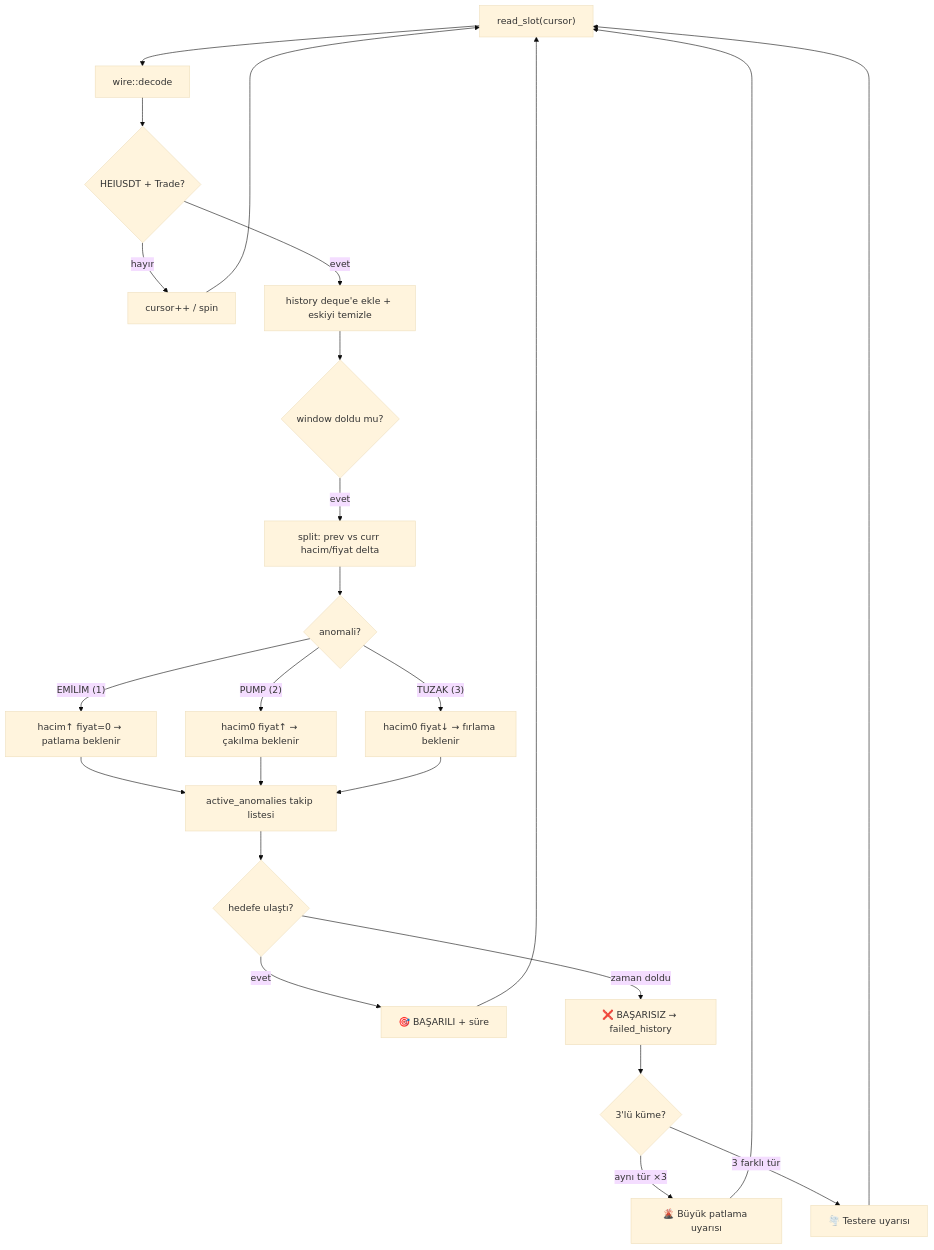
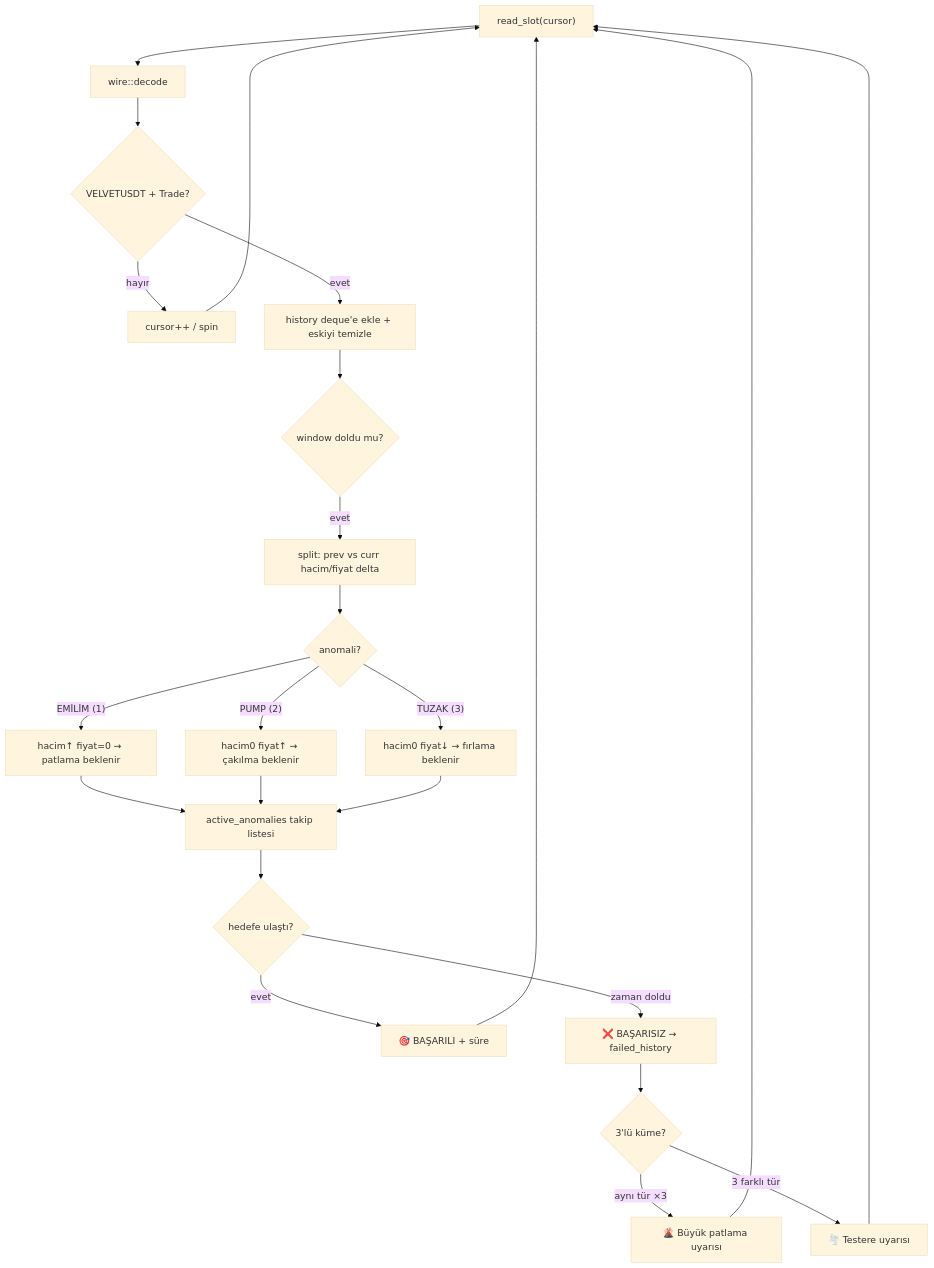
One commit to Quant-Trade-Lab-Community/cycle_finance_bot changed diagram 18 of 33 in docs/CYCLE_ENGINE_DETAYLI_ANALIZ.md. Above: the diagram before and after it, drawn with Mermaid (base theme). The commit also changed other lines of this file and 52 other files, not shown here.

Commit message:
feat: tek zaman dilimi kırılım tespit algoritması (Q/F/C + acımasız kurallar), detect-ms aktif; HEIUSDT → VELVETUSDT (tüm repo); her saniye güncelleme

````diff
--- a/docs/CYCLE_ENGINE_DETAYLI_ANALIZ.md
+++ b/docs/CYCLE_ENGINE_DETAYLI_ANALIZ.md
@@ -542,26 +542,26 @@
 ```mermaid
 flowchart TD
     R["read_slot(cursor)"] --> D["wire::decode"]
-    D --> H{"HEIUSDT + Trade?"}
+    D --> H{"VELVETUSDT + Trade?"}
     H -->|"hayır"| NX["cursor++ / spin"]
     H -->|"evet"| HIS["history deque'e ekle + eskiyi temizle"]
     HIS --> A{"window doldu mu?"}
     A -->|"evet"| SPLIT["split: prev vs curr hacim/fiyat delta"]
     SPLIT --> AN{"anomali?"}
     AN -->|"EMİLİM (1)"| AL["hacim↑ fiyat=0 → patlama beklenir"]
     AN -->|"PUMP (2)"| AP["hacim0 fiyat↑ → çakılma beklenir"]
     AN -->|"TUZAK (3)"| AT["hacim0 fiyat↓ → fırlama beklenir"]
     AL --> TRK["active_anomalies takip listesi"]
     AP --> TRK
     AT --> TRK
     TRK --> T1{"hedefe ulaştı?"}
     T1 -->|"evet"| SUC["🎯 BAŞARILI + süre"]
     T1 -->|"zaman doldu"| FAIL["❌ BAŞARISIZ → failed_history"]
     FAIL --> CL{"3'lü küme?"}
     CL -->|"aynı tür ×3"| W1["🌋 Büyük patlama uyarısı"]
     CL -->|"3 farklı tür"| W2["🌪️ Testere uyarısı"]
     SUC --> R
     W1 --> R
     W2 --> R
     NX --> R
 ```
````
